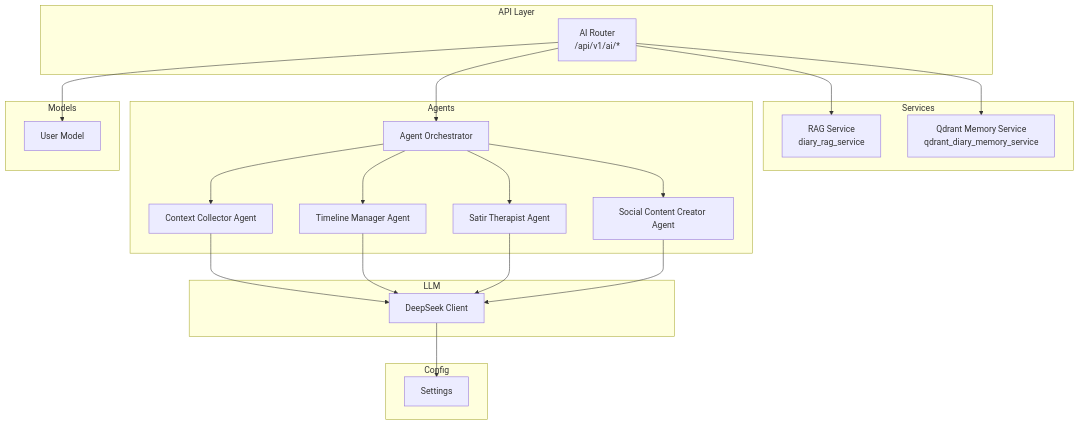
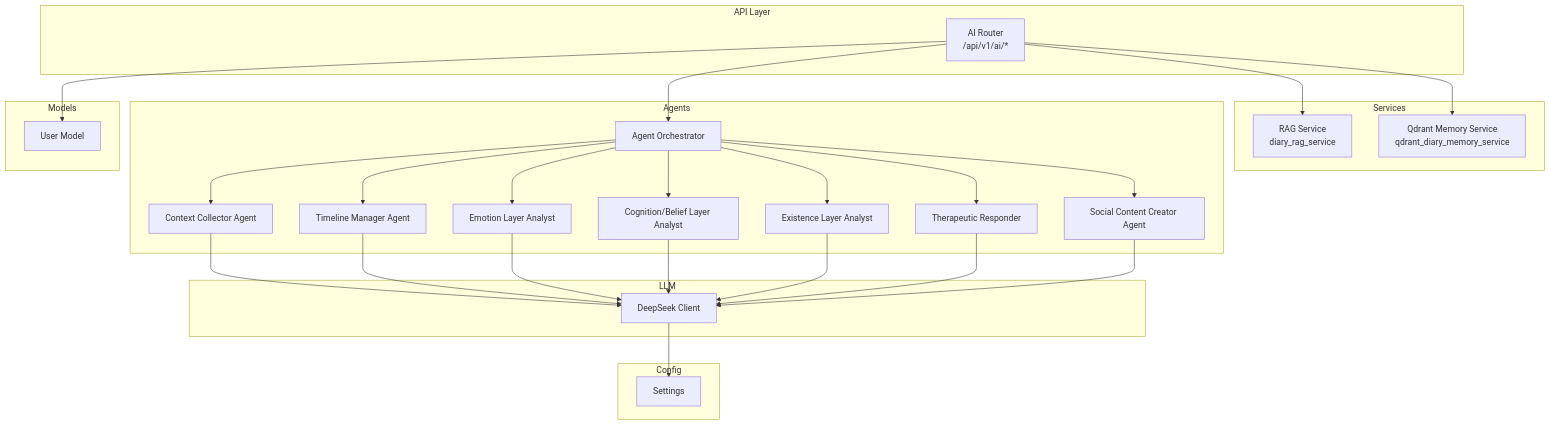
The first of 7 diagrams in .qoder/repowiki/en/content/Backend System/API Endpoints Reference/AI Analysis Endpoints.md (rainRise/aidiary), drawn with Mermaid before and after one commit. The commit also changed other lines of this file and 21 other files, not shown here.

````diff
--- a/.qoder/repowiki/en/content/Backend System/API Endpoints Reference/AI Analysis Endpoints.md
+++ b/.qoder/repowiki/en/content/Backend System/API Endpoints Reference/AI Analysis Endpoints.md
@@ -46,39 +56,48 @@
 ```mermaid
 graph TB
 subgraph "API Layer"
 A["AI Router<br/>/api/v1/ai/*"]
 end
 subgraph "Services"
 S1["RAG Service<br/>diary_rag_service"]
 S2["Qdrant Memory Service<br/>qdrant_diary_memory_service"]
 end
 subgraph "Agents"
 O["Agent Orchestrator"]
-AG1["Context Collector Agent"]
-AG2["Timeline Manager Agent"]
-AG3["Satir Therapist Agent"]
-AG4["Social Content Creator Agent"]
+AG0["Context Collector Agent"]
+AGA["Timeline Manager Agent"]
+AGB1["Emotion Layer Analyst"]
+AGB2["Cognition/Belief Layer Analyst"]
+AGB3["Existence Layer Analyst"]
+AGB4["Therapeutic Responder"]
+AGC["Social Content Creator Agent"]
 end
 subgraph "LLM"
 L["DeepSeek Client"]
 end
 subgraph "Models"
 M["User Model"]
 end
 subgraph "Config"
 C["Settings"]
 end
 A --> O
-O --> AG1
-O --> AG2
-O --> AG3
-O --> AG4
-AG1 --> L
-AG2 --> L
-AG3 --> L
-AG4 --> L
+O --> AG0
+O --> AGA
+O --> AGB1
+O --> AGB2
+O --> AGB3
+O --> AGB4
+O --> AGC
+AG0 --> L
+AGA --> L
+AGB1 --> L
+AGB2 --> L
+AGB3 --> L
+AGB4 --> L
+AGC --> L
 A --> S1
 A --> S2
 A --> M
 L --> C
 ```
````
